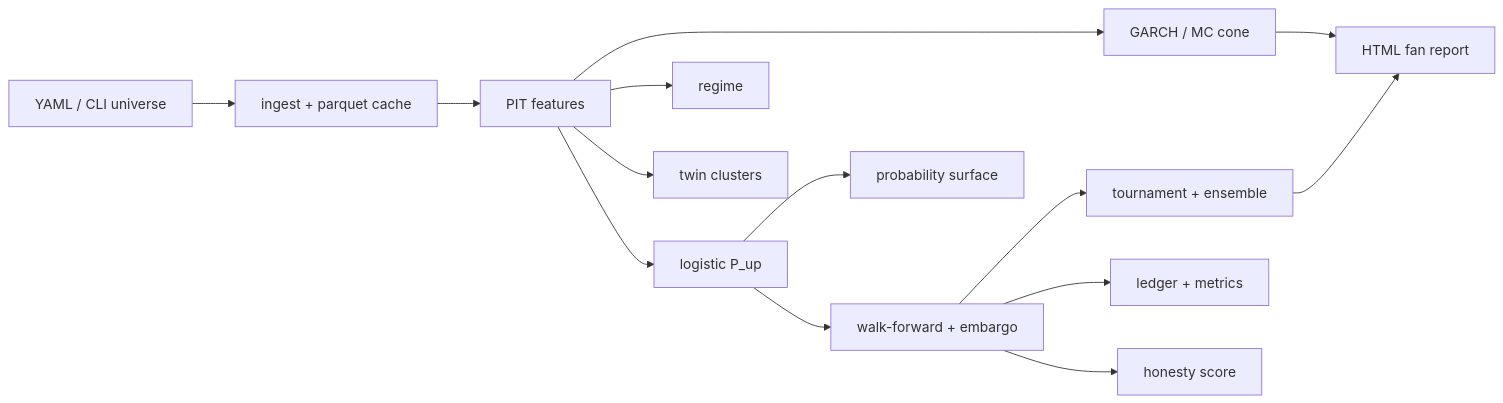
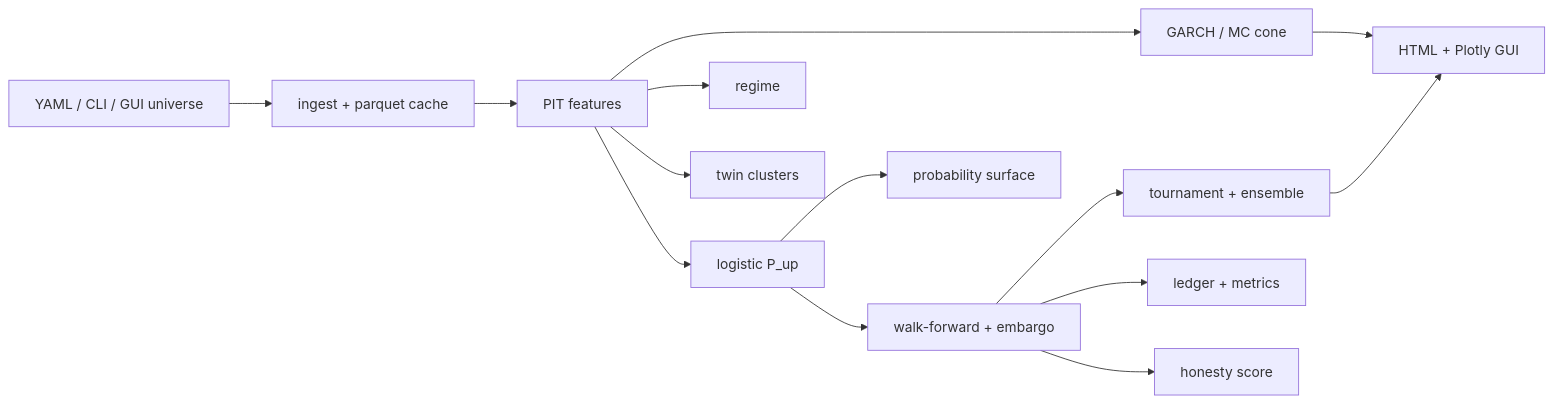
One commit to SeraKah-1/prism changed the diagram in README.md. Above: the diagram before and after it, drawn with Mermaid. The commit also changed other lines of this file, not shown here.

````diff
--- a/README.md
+++ b/README.md
@@ -30,16 +252,16 @@
 ```mermaid
 flowchart LR
-  CFG[YAML / CLI universe] --> IN[ingest + parquet cache]
+  CFG[YAML / CLI / GUI universe] --> IN[ingest + parquet cache]
   IN --> FE[PIT features]
   FE --> MD[logistic P_up]
   FE --> GC[GARCH / MC cone]
   FE --> RG[regime]
   MD --> WF[walk-forward + embargo]
   WF --> TR[tournament + ensemble]
   WF --> LG[ledger + metrics]
-  GC --> RP[HTML fan report]
+  GC --> RP[HTML + Plotly GUI]
   TR --> RP
   FE --> TW[twin clusters]
   WF --> HO[honesty score]
   MD --> SF[probability surface]
 ```
````
